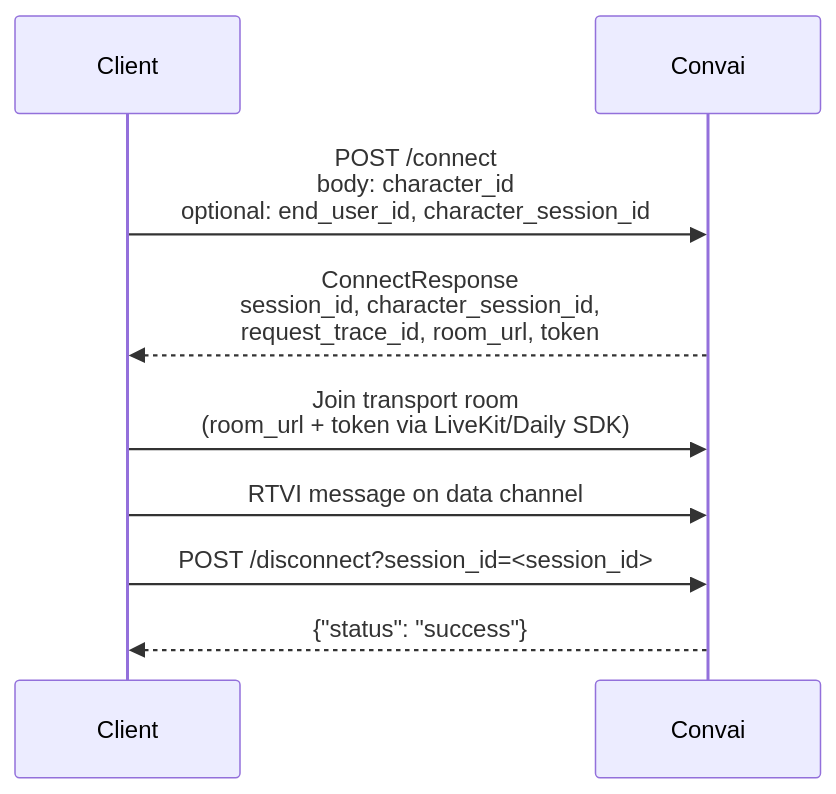
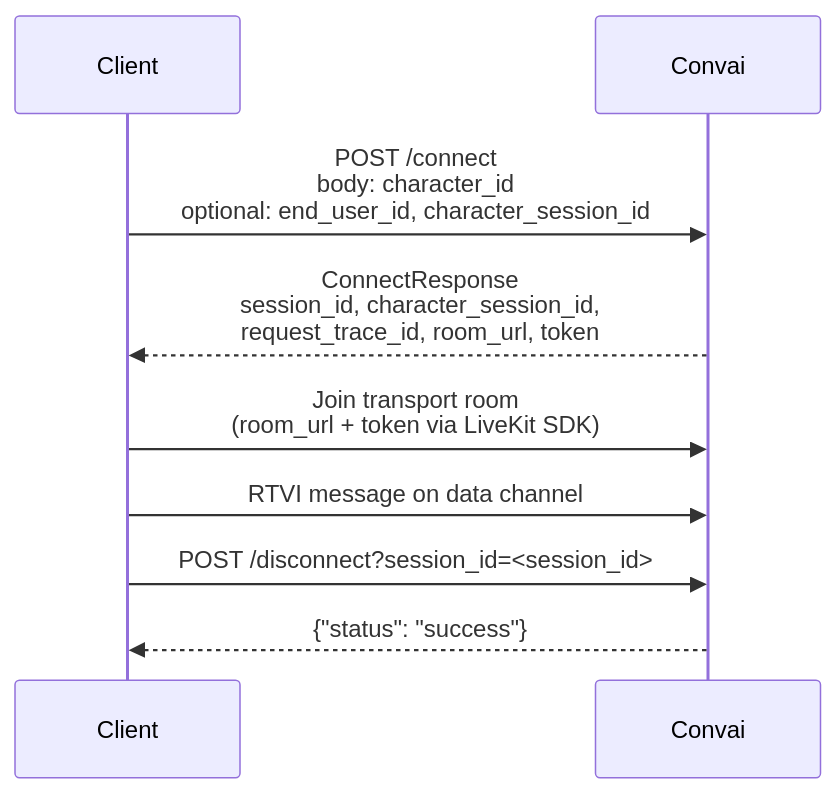
One commit to Conv-AI/Convai-Documentation changed the diagram in api-reference/realtime-api/identifiers.md. Above: the diagram before and after it, drawn with Mermaid. The commit also changed 11 other files, not shown here.

First line of the commit message:
docs(realtime-api): remove Daily transport, custom features, and health endpoint

````diff
--- a/api-reference/realtime-api/identifiers.md
+++ b/api-reference/realtime-api/identifiers.md
@@ -24,14 +24,14 @@
 ```mermaid
 sequenceDiagram
     participant Client
     participant Convai
 
     Client->>Convai: POST /connect<br/>body: character_id<br/>optional: end_user_id, character_session_id
     Convai-->>Client: ConnectResponse<br/>session_id, character_session_id,<br/>request_trace_id, room_url, token
 
-    Client->>Convai: Join transport room<br/>(room_url + token via LiveKit/Daily SDK)
+    Client->>Convai: Join transport room<br/>(room_url + token via LiveKit SDK)
     Client->>Convai: RTVI message on data channel
 
     Client->>Convai: POST /disconnect?session_id=<session_id>
     Convai-->>Client: {"status": "success"}
 ```
````
